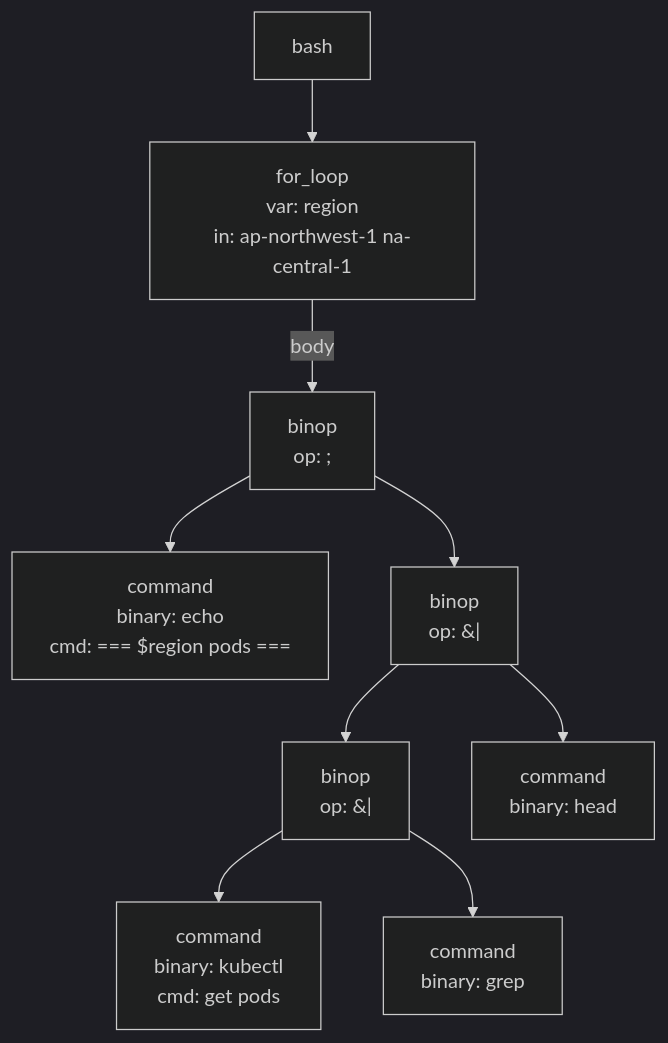
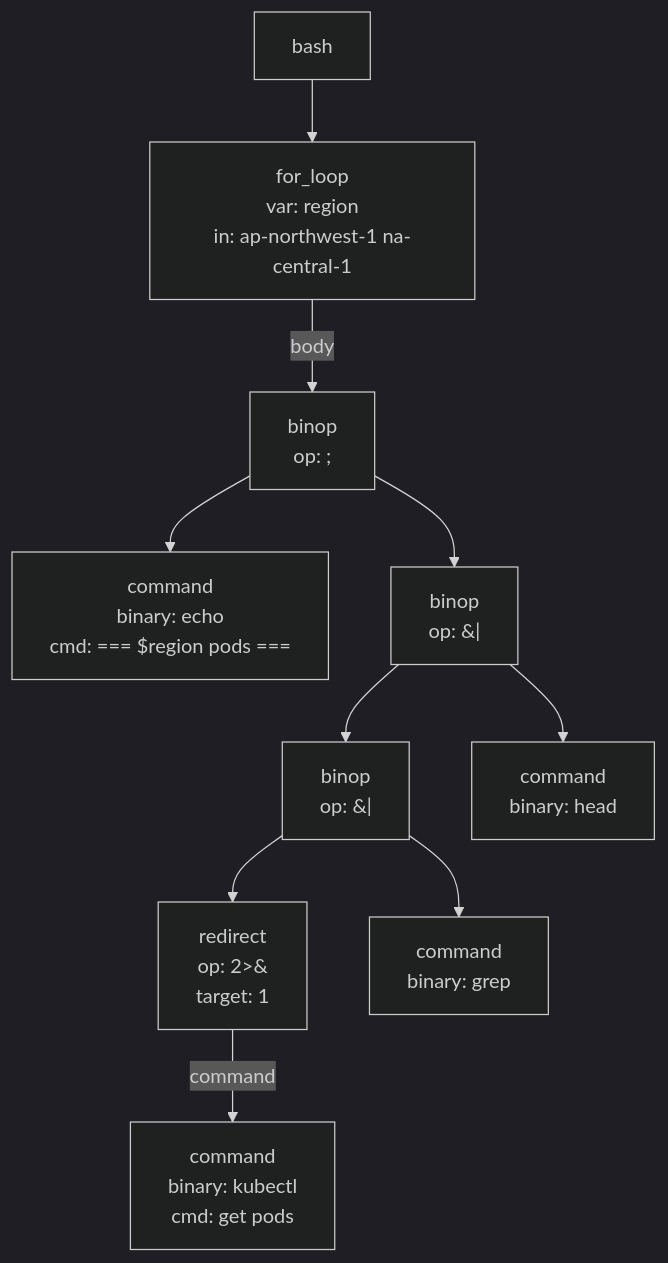
One commit to ashleydavis/expressive-permissions changed the diagram in examples/ast/bash-for-loop-kubectl/index.md. Above: the diagram before and after it, drawn with Mermaid (dark theme). The commit also changed 131 other files, not shown here.

````diff
--- a/examples/ast/bash-for-loop-kubectl/index.md
+++ b/examples/ast/bash-for-loop-kubectl/index.md
@@ -11,20 +11,22 @@
 ```mermaid
 graph TD
   n0["bash"]
   n1["for_loop<br/>var: region<br/>in: ap-northwest-1 na-central-1"]
   n2["binop<br/>op: ;"]
   n3["command<br/>binary: echo<br/>cmd: === $region pods ==="]
   n2 --> n3
   n4["binop<br/>op: &#124;"]
   n5["binop<br/>op: &#124;"]
-  n6["command<br/>binary: kubectl<br/>cmd: get pods"]
+  n6["redirect<br/>op: 2&gt;&amp;<br/>target: 1"]
+  n7["command<br/>binary: kubectl<br/>cmd: get pods"]
+  n6 -->|command| n7
   n5 --> n6
-  n7["command<br/>binary: grep"]
-  n5 --> n7
+  n8["command<br/>binary: grep"]
+  n5 --> n8
   n4 --> n5
-  n8["command<br/>binary: head"]
-  n4 --> n8
+  n9["command<br/>binary: head"]
+  n4 --> n9
   n2 --> n4
   n1 -->|body| n2
   n0 --> n1
 ```
````
